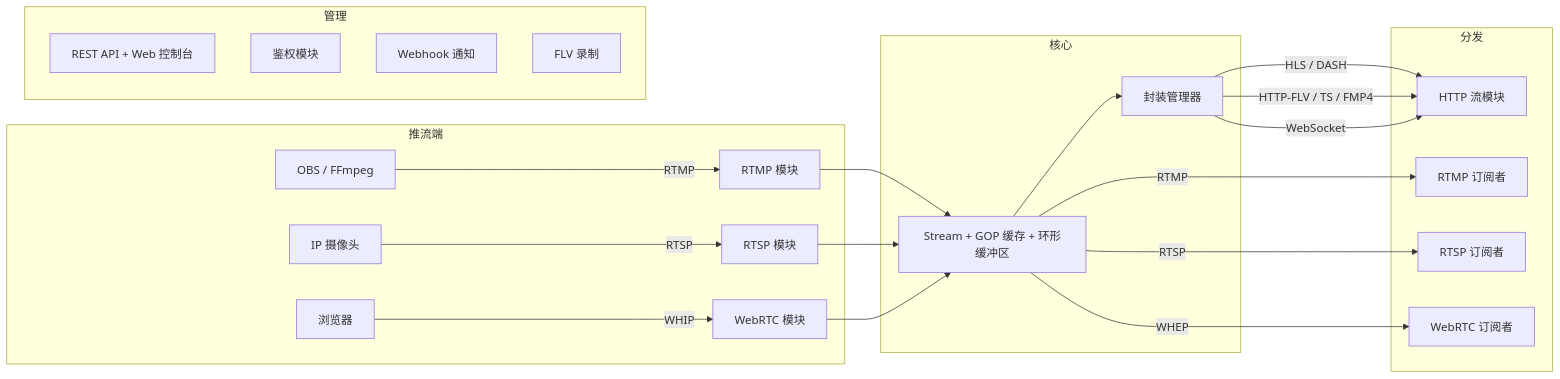
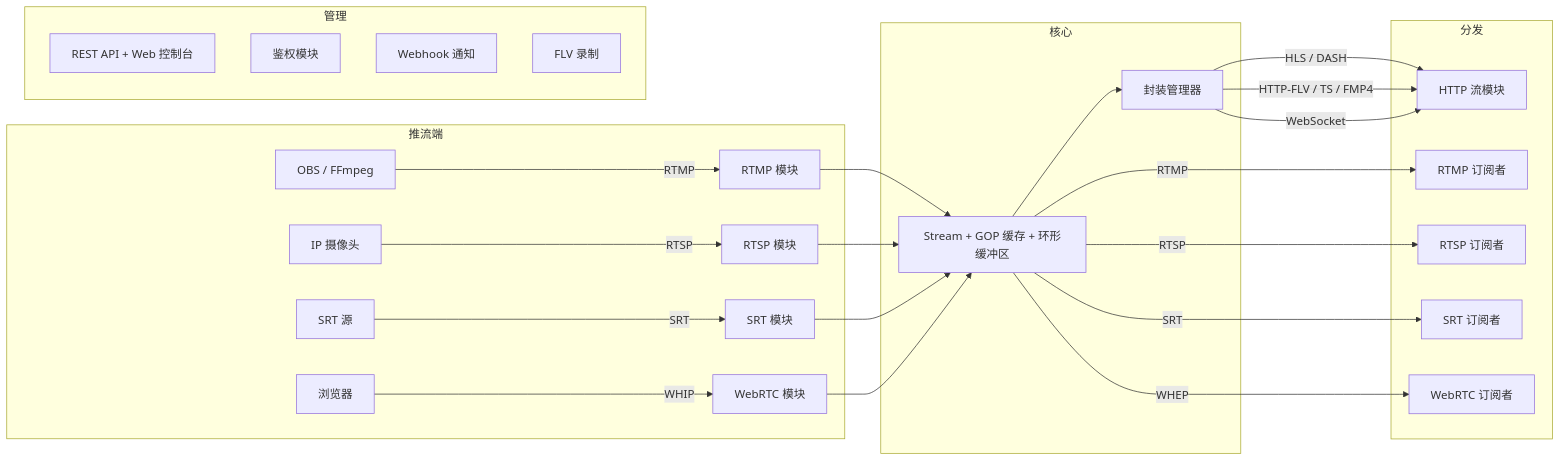
One commit to im-pingo/liveforge changed the diagram in README.zh-CN.md. Above: the diagram before and after it, drawn with Mermaid. The commit also changed other lines of this file and 3 other files, not shown here.

````diff
--- a/README.zh-CN.md
+++ b/README.zh-CN.md
@@ -36,31 +37,34 @@
 ```mermaid
 graph LR
     subgraph 推流端
         OBS[OBS / FFmpeg] -->|RTMP| RTMP_MOD[RTMP 模块]
         CAM[IP 摄像头] -->|RTSP| RTSP_MOD[RTSP 模块]
+        SRT_PUB[SRT 源] -->|SRT| SRT_MOD[SRT 模块]
         BROWSER_PUB[浏览器] -->|WHIP| WEBRTC_MOD[WebRTC 模块]
     end
 
     subgraph 核心
         RTMP_MOD --> STREAM[Stream + GOP 缓存 + 环形缓冲区]
         RTSP_MOD --> STREAM
+        SRT_MOD --> STREAM
         WEBRTC_MOD --> STREAM
         STREAM --> MUXER[封装管理器]
     end
 
     subgraph 分发
         MUXER -->|HLS / DASH| HTTP_MOD[HTTP 流模块]
         MUXER -->|HTTP-FLV / TS / FMP4| HTTP_MOD
         MUXER -->|WebSocket| HTTP_MOD
         STREAM -->|RTMP| RTMP_SUB[RTMP 订阅者]
         STREAM -->|RTSP| RTSP_SUB[RTSP 订阅者]
+        STREAM -->|SRT| SRT_SUB[SRT 订阅者]
         STREAM -->|WHEP| WEBRTC_SUB[WebRTC 订阅者]
     end
 
     subgraph 管理
         API[REST API + Web 控制台]
         AUTH[鉴权模块]
         NOTIFY[Webhook 通知]
         RECORD[FLV 录制]
     end
 ```
````
